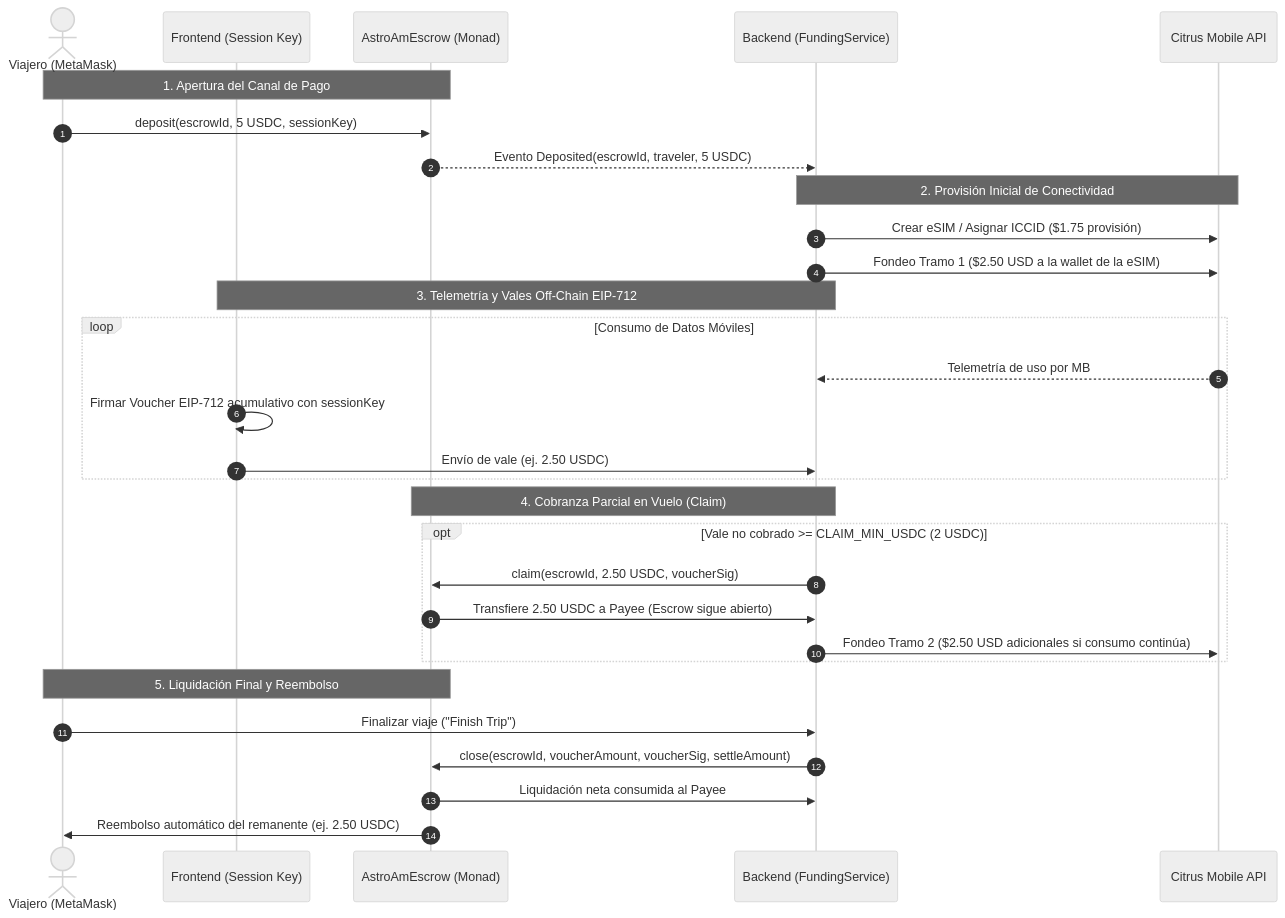
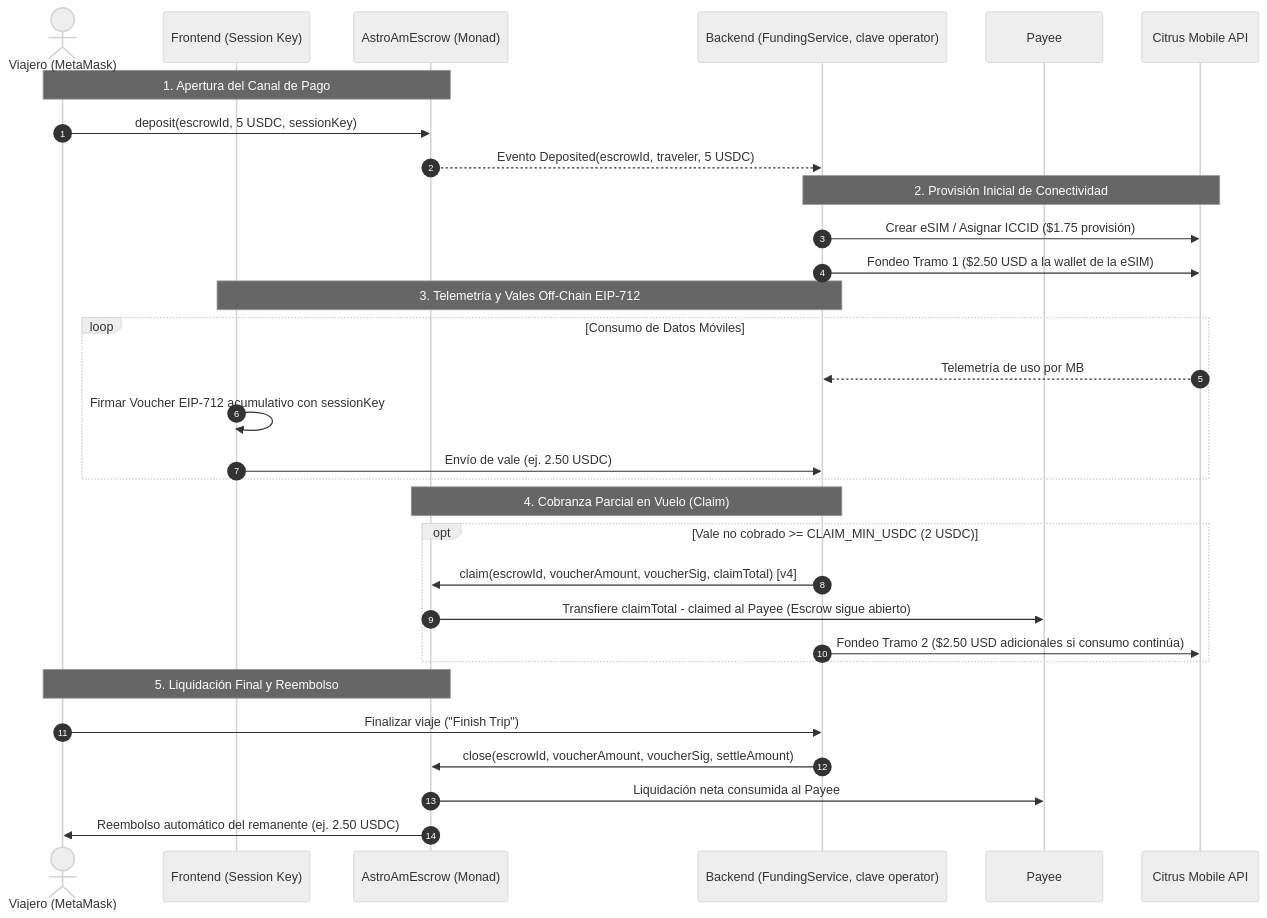
The diagram in docs/arquitectura-flujo-de-fondos.md (FrancoDuran23/astroam-monad), drawn with Mermaid (neutral theme) before and after one commit. The commit also changed other lines of this file and 16 other files, not shown here.

````diff
--- a/docs/arquitectura-flujo-de-fondos.md
+++ b/docs/arquitectura-flujo-de-fondos.md
@@ -19,37 +99,38 @@
 ```mermaid
 sequenceDiagram
     autonumber
     actor Viajero as Viajero (MetaMask)
     participant Front as Frontend (Session Key)
     participant Escrow as AstroAmEscrow (Monad)
-    participant Back as Backend (FundingService)
+    participant Back as Backend (FundingService, clave operator)
+    participant Payee as Payee
     participant Citrus as Citrus Mobile API
 
     Note over Viajero,Escrow: 1. Apertura del Canal de Pago
     Viajero->>Escrow: deposit(escrowId, 5 USDC, sessionKey)
     Escrow-->>Back: Evento Deposited(escrowId, traveler, 5 USDC)
     
     Note over Back,Citrus: 2. Provisión Inicial de Conectividad
     Back->>Citrus: Crear eSIM / Asignar ICCID ($1.75 provisión)
     Back->>Citrus: Fondeo Tramo 1 ($2.50 USD a la wallet de la eSIM)
     
     Note over Front,Back: 3. Telemetría y Vales Off-Chain EIP-712
     loop Consumo de Datos Móviles
         Citrus-->>Back: Telemetría de uso por MB
         Front->>Front: Firmar Voucher EIP-712 acumulativo con sessionKey
         Front->>Back: Envío de vale (ej. 2.50 USDC)
     end
 
     Note over Back,Escrow: 4. Cobranza Parcial en Vuelo (Claim)
     opt Vale no cobrado >= CLAIM_MIN_USDC (2 USDC)
-        Back->>Escrow: claim(escrowId, 2.50 USDC, voucherSig)
-        Escrow->>Back: Transfiere 2.50 USDC a Payee (Escrow sigue abierto)
+        Back->>Escrow: claim(escrowId, voucherAmount, voucherSig, claimTotal)  [v4]
+        Escrow->>Payee: Transfiere claimTotal - claimed al Payee (Escrow sigue abierto)
         Back->>Citrus: Fondeo Tramo 2 ($2.50 USD adicionales si consumo continúa)
     end
 
     Note over Viajero,Escrow: 5. Liquidación Final y Reembolso
     Viajero->>Back: Finalizar viaje ("Finish Trip")
     Back->>Escrow: close(escrowId, voucherAmount, voucherSig, settleAmount)
-    Escrow->>Back: Liquidación neta consumida al Payee
+    Escrow->>Payee: Liquidación neta consumida al Payee
     Escrow->>Viajero: Reembolso automático del remanente (ej. 2.50 USDC)
 ```
````
